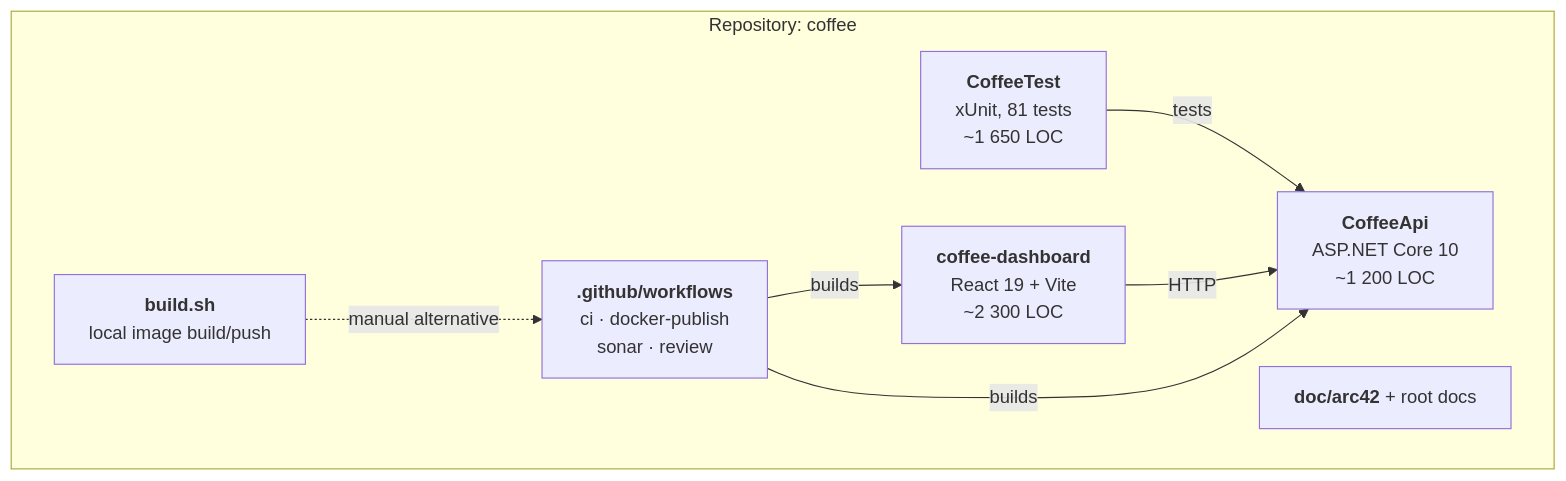
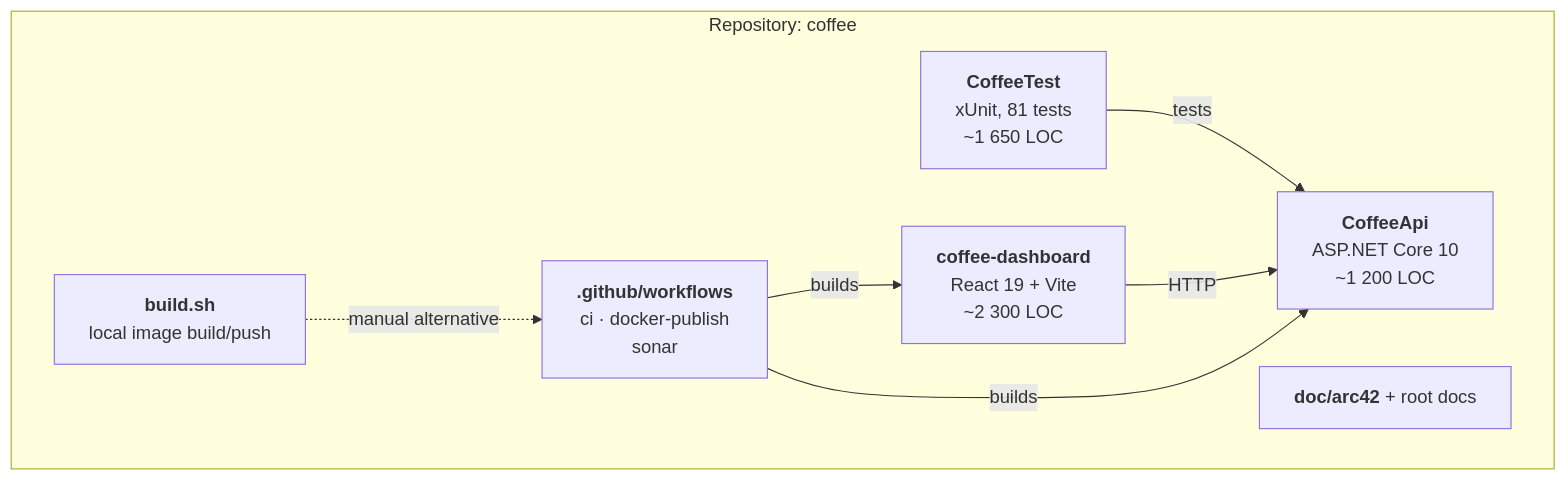
One commit to Gereon93/coffee changed the first of 4 diagrams in doc/arc42/05-building-blocks.md. Above: the diagram before and after it, drawn with Mermaid. The commit also changed other lines of this file and 5 other files, not shown here.

````diff
--- a/doc/arc42/05-building-blocks.md
+++ b/doc/arc42/05-building-blocks.md
@@ -5,17 +5,17 @@
 ```mermaid
 graph TB
     subgraph repo["Repository: coffee"]
         API["<b>CoffeeApi</b><br/>ASP.NET Core 10<br/>~1 200 LOC"]
         TEST["<b>CoffeeTest</b><br/>xUnit, 81 tests<br/>~1 650 LOC"]
         DASH["<b>coffee-dashboard</b><br/>React 19 + Vite<br/>~2 300 LOC"]
-        CI["<b>.github/workflows</b><br/>ci · docker-publish<br/>sonar · review"]
+        CI["<b>.github/workflows</b><br/>ci · docker-publish<br/>sonar"]
         BUILD["<b>build.sh</b><br/>local image build/push"]
         DOC["<b>doc/arc42</b> + root docs"]
     end
 
     TEST -->|tests| API
     DASH -->|HTTP| API
     CI -->|builds| API
     CI -->|builds| DASH
     BUILD -.->|manual alternative| CI
 ```
````
